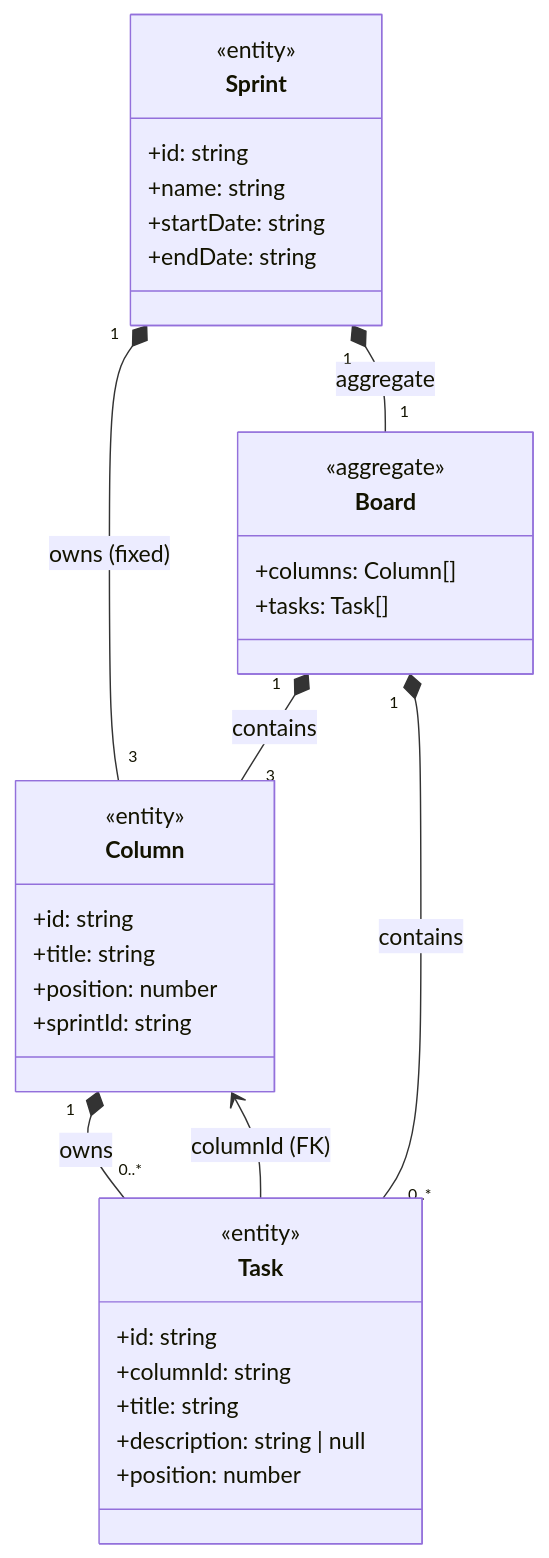
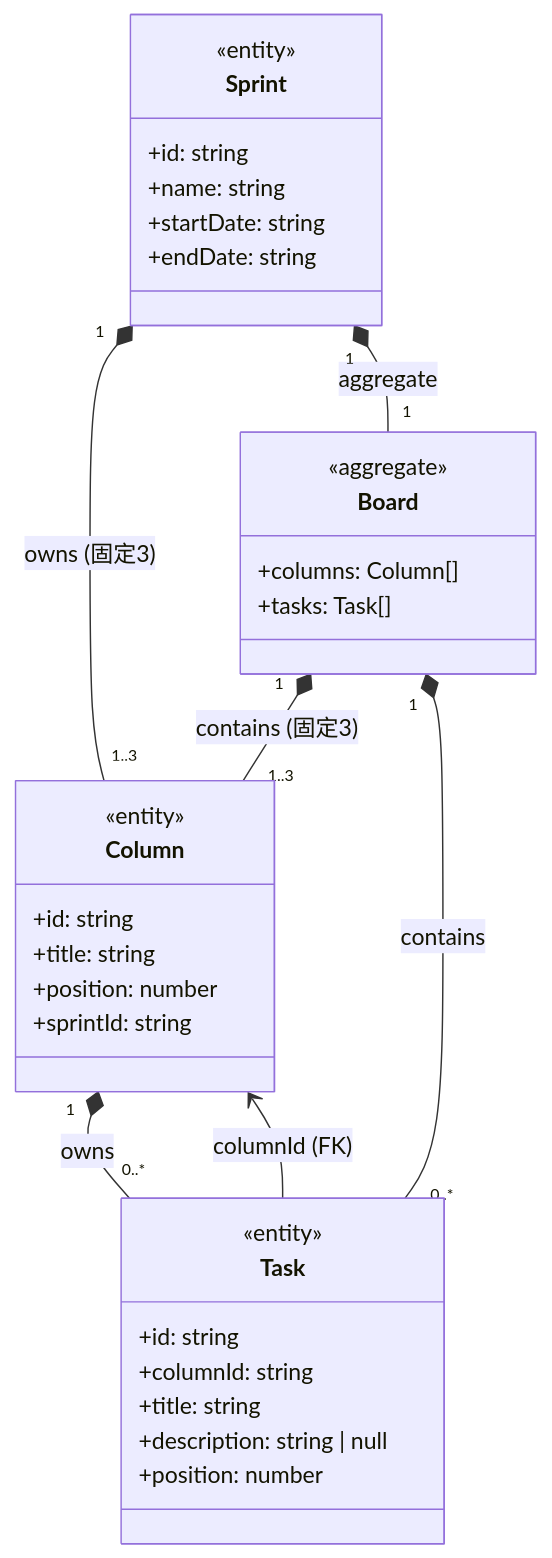
Before and after one commit to ryu1/hono-react-board-app: the first of 2 diagrams in docs/domain_model.md, drawn with Mermaid. The commit also changed 3 other files, not shown here.

````diff
--- a/docs/domain_model.md
+++ b/docs/domain_model.md
@@ -17,40 +17,40 @@
 ```mermaid
 classDiagram
     class Sprint {
         <<entity>>
         +id: string
         +name: string
         +startDate: string
         +endDate: string
     }
 
     class Board {
         <<aggregate>>
         +columns: Column[]
         +tasks: Task[]
     }
 
     class Column {
         <<entity>>
         +id: string
         +title: string
         +position: number
         +sprintId: string
     }
 
     class Task {
         <<entity>>
         +id: string
         +columnId: string
         +title: string
         +description: string | null
         +position: number
     }
 
-    Sprint "1" *-- "3" Column : owns (fixed)
+    Sprint "1" *-- "1..3" Column : owns (固定3)
     Sprint "1" *-- "1" Board : aggregate
-    Board "1" *-- "3" Column : contains
+    Board "1" *-- "1..3" Column : contains (固定3)
     Board "1" *-- "0..*" Task : contains
     Column "1" *-- "0..*" Task : owns
     Task --> Column : columnId (FK)
 ```
````
